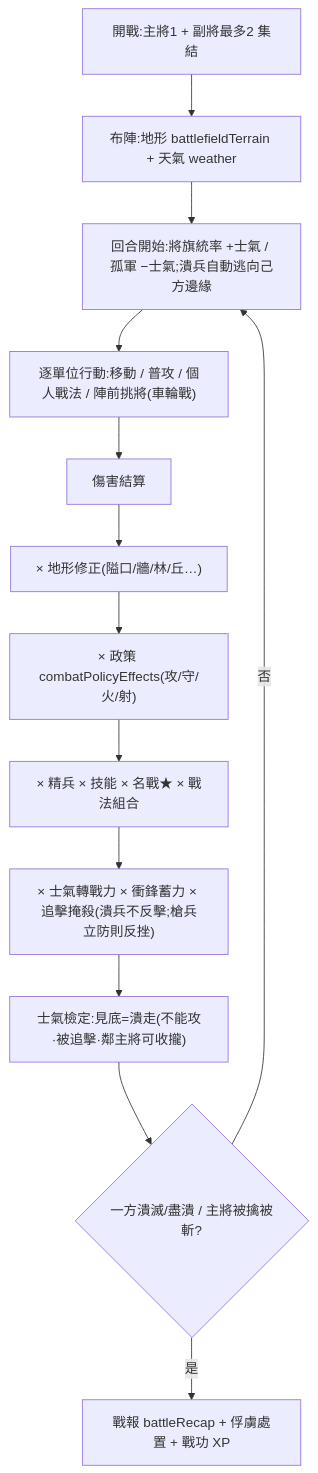
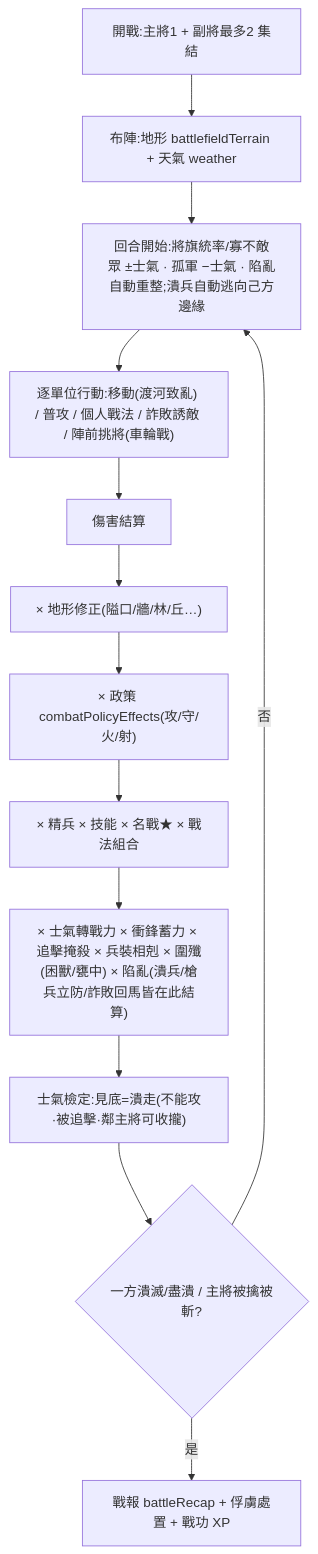
One commit to Seanye333/ThreeKingdomMasterIOS changed the second of 5 diagrams in docs/GUIDE.md. Above: the diagram before and after it, drawn with Mermaid. The commit also changed other lines of this file and 4 other files, not shown here.

````diff
--- a/docs/GUIDE.md
+++ b/docs/GUIDE.md
@@ -1601,15 +1612,15 @@
 ```mermaid
 flowchart TD
   A["開戰:主將1 + 副將最多2 集結"] --> B["布陣:地形 battlefieldTerrain + 天氣 weather"]
-  B --> C["回合開始:將旗統率 +士氣 / 孤軍 −士氣;潰兵自動逃向己方邊緣"]
-  C --> D["逐單位行動:移動 / 普攻 / 個人戰法 / 陣前挑將(車輪戰)"]
+  B --> C["回合開始:將旗統率/寡不敵眾 ±士氣 · 孤軍 −士氣 · 陷亂自動重整;潰兵自動逃向己方邊緣"]
+  C --> D["逐單位行動:移動(渡河致亂) / 普攻 / 個人戰法 / 詐敗誘敵 / 陣前挑將(車輪戰)"]
   D --> E["傷害結算"]
   E --> E1["× 地形修正(隘口/牆/林/丘…)"]
   E1 --> E2["× 政策 combatPolicyEffects(攻/守/火/射)"]
   E2 --> E3["× 精兵 × 技能 × 名戰★ × 戰法組合"]
-  E3 --> E4["× 士氣轉戰力 × 衝鋒蓄力 × 追擊掩殺(潰兵不反擊;槍兵立防則反挫)"]
+  E3 --> E4["× 士氣轉戰力 × 衝鋒蓄力 × 追擊掩殺 × 兵裝相剋 × 圍殲(困獸/甕中) × 陷亂(潰兵/槍兵立防/詐敗回馬皆在此結算)"]
   E4 --> F["士氣檢定:見底=潰走(不能攻·被追擊·鄰主將可收攏)"]
   F --> G{"一方潰滅/盡潰 / 主將被擒被斬?"}
   G -->|否| C
   G -->|是| H["戰報 battleRecap + 俘虜處置 + 戰功 XP"]
 ```
````
